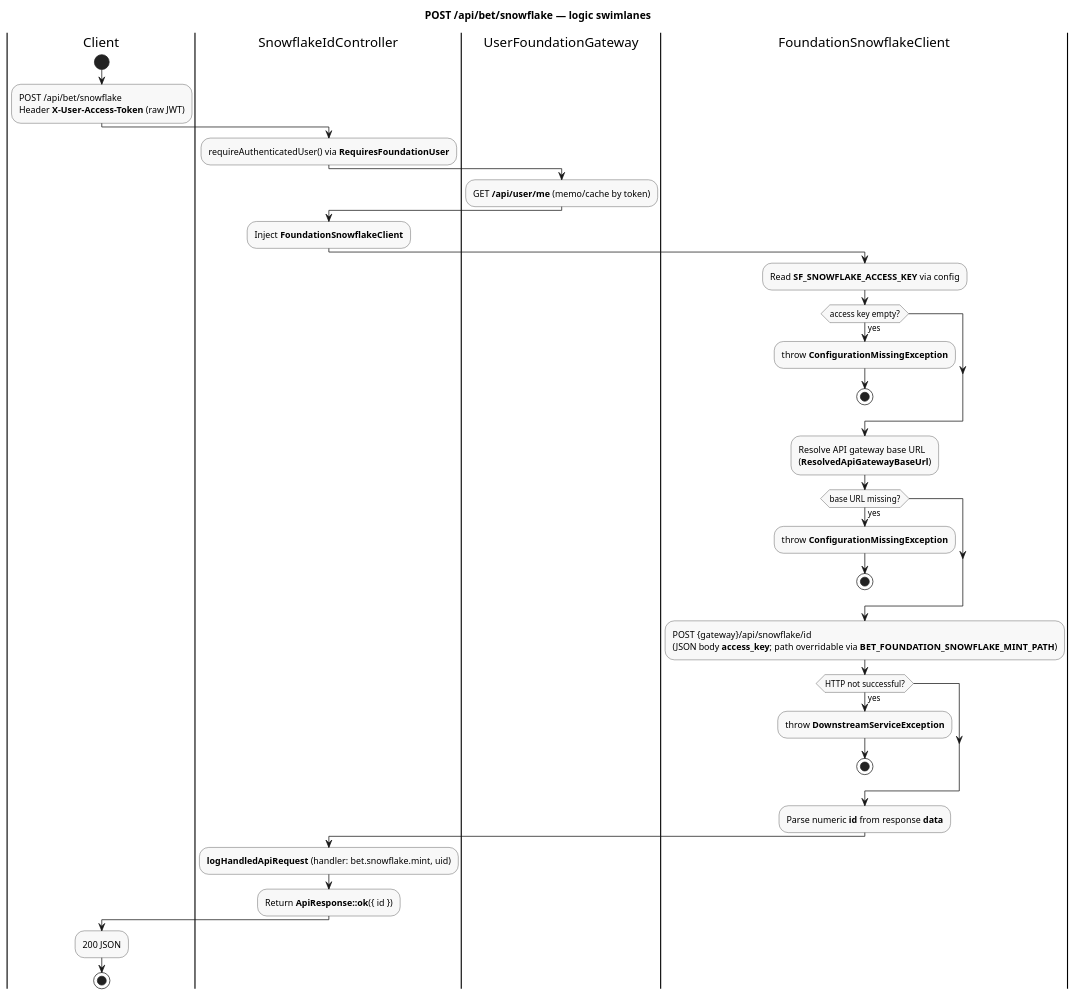
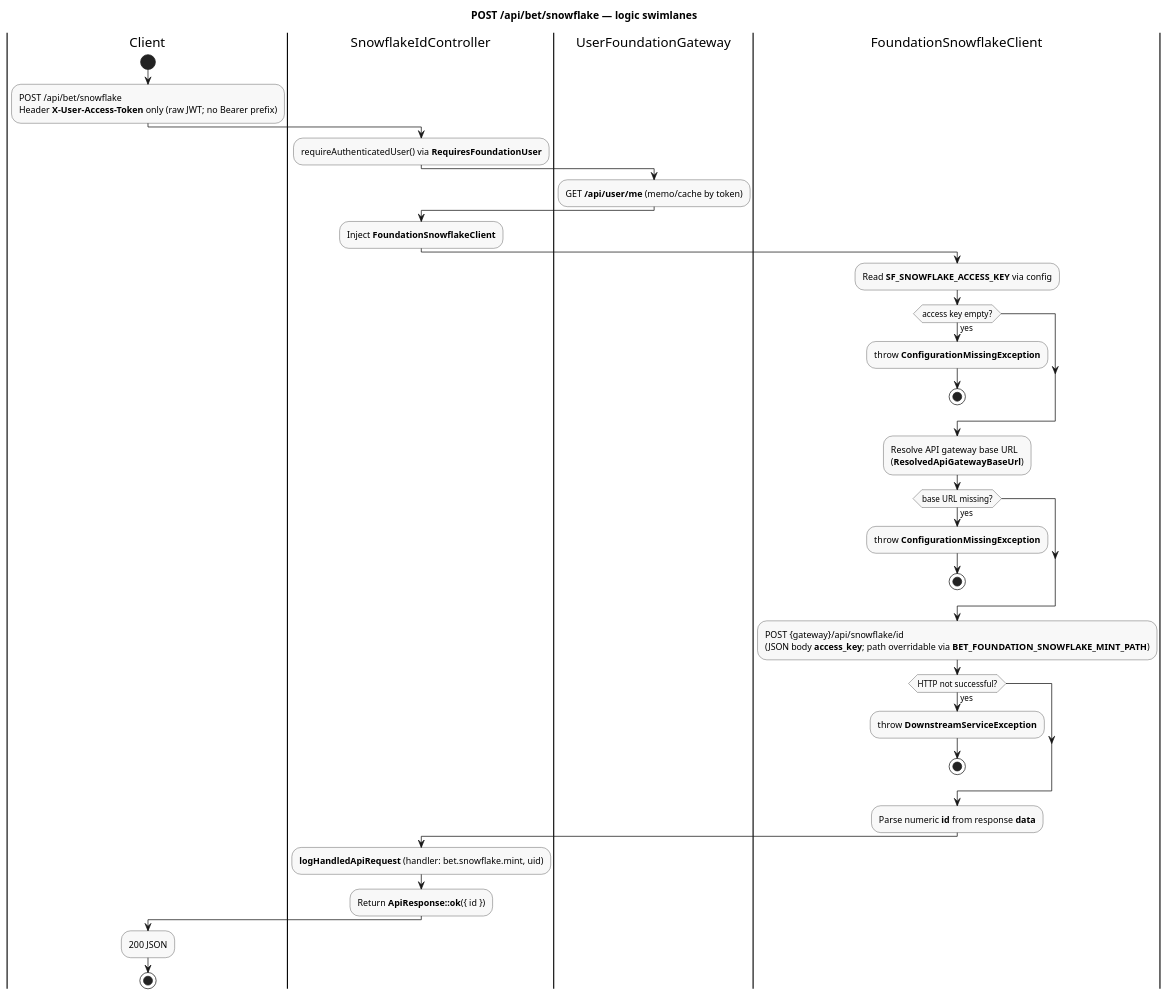
The diagram in docs/design/api-bet-snowflake.puml (zhang1career/bet-agg), drawn with PlantUML before and after one commit. The commit also changed 6 other files, not shown here.

```diff
--- a/docs/design/api-bet-snowflake.puml
+++ b/docs/design/api-bet-snowflake.puml
@@ -1,44 +1,44 @@
 @startuml api-bet-snowflake
 title POST /api/bet/snowflake — logic swimlanes
 
 skinparam ActivityBackgroundColor #F8F8F8
 skinparam ActivityBorderColor #333333
 
 |Client|
 start
-:POST /api/bet/snowflake\nHeader **X-User-Access-Token** (raw JWT);
+:POST /api/bet/snowflake\nHeader **X-User-Access-Token** only (raw JWT; no Bearer prefix);
 
 |SnowflakeIdController|
 :requireAuthenticatedUser() via **RequiresFoundationUser**;
 |UserFoundationGateway|
 :GET **/api/user/me** (memo/cache by token);
 |SnowflakeIdController|
 :Inject **FoundationSnowflakeClient**;
 
 |FoundationSnowflakeClient|
 :Read **SF_SNOWFLAKE_ACCESS_KEY** via config;
 if (access key empty?) then (yes)
   :throw **ConfigurationMissingException**;
   stop
 endif
 :Resolve API gateway base URL\n(**ResolvedApiGatewayBaseUrl**);
 if (base URL missing?) then (yes)
   :throw **ConfigurationMissingException**;
   stop
 endif
 :POST {gateway}/api/snowflake/id\n(JSON body **access_key**; path overridable via **BET_FOUNDATION_SNOWFLAKE_MINT_PATH**);
 if (HTTP not successful?) then (yes)
   :throw **DownstreamServiceException**;
   stop
 endif
 :Parse numeric **id** from response **data**;
 
 |SnowflakeIdController|
 :**logHandledApiRequest** (handler: bet.snowflake.mint, uid);
 :Return **ApiResponse::ok**({ id });
 
 |Client|
 :200 JSON;
 stop
 
 @enduml
```
